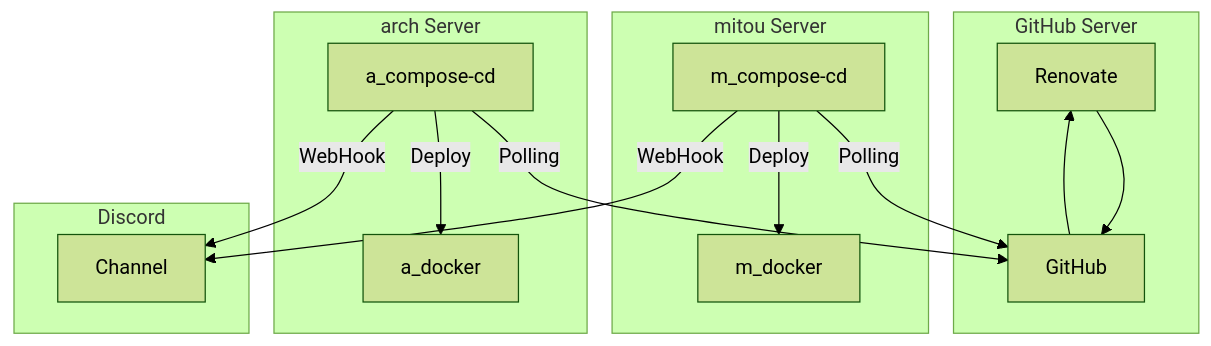
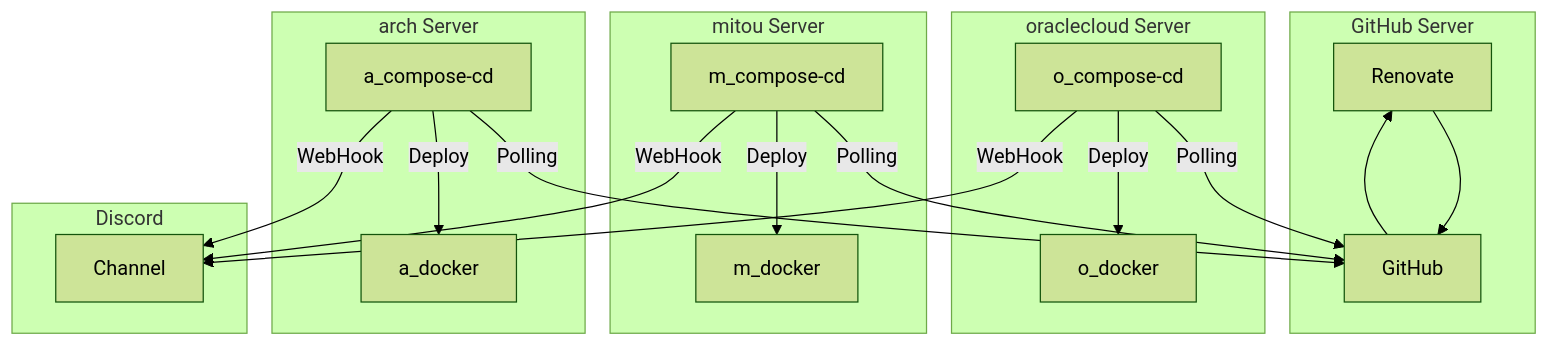
One commit to yr32infra/.github changed the diagram in profile/README.md. Above: the diagram before and after it, drawn with Mermaid (forest theme).

````diff
--- a/profile/README.md
+++ b/profile/README.md
@@ -5,22 +5,28 @@
 ```mermaid
 graph TD;
     subgraph GitHub Server
     Renovate-->GitHub
     GitHub-->Renovate
     end
     
+    subgraph oraclecloud Server
+    o_compose-cd--Polling-->GitHub
+    o_compose-cd--Deploy-->o_docker
+    end
+
     subgraph mitou Server
     m_compose-cd--Polling-->GitHub
     m_compose-cd--Deploy-->m_docker
     end
       
     subgraph arch Server
     a_compose-cd--Polling-->GitHub
     a_compose-cd--Deploy-->a_docker
     end
     
     subgraph Discord
     a_compose-cd--WebHook-->Channel
     m_compose-cd--WebHook-->Channel
+    o_compose-cd--WebHook-->Channel
     end
 ```
````
